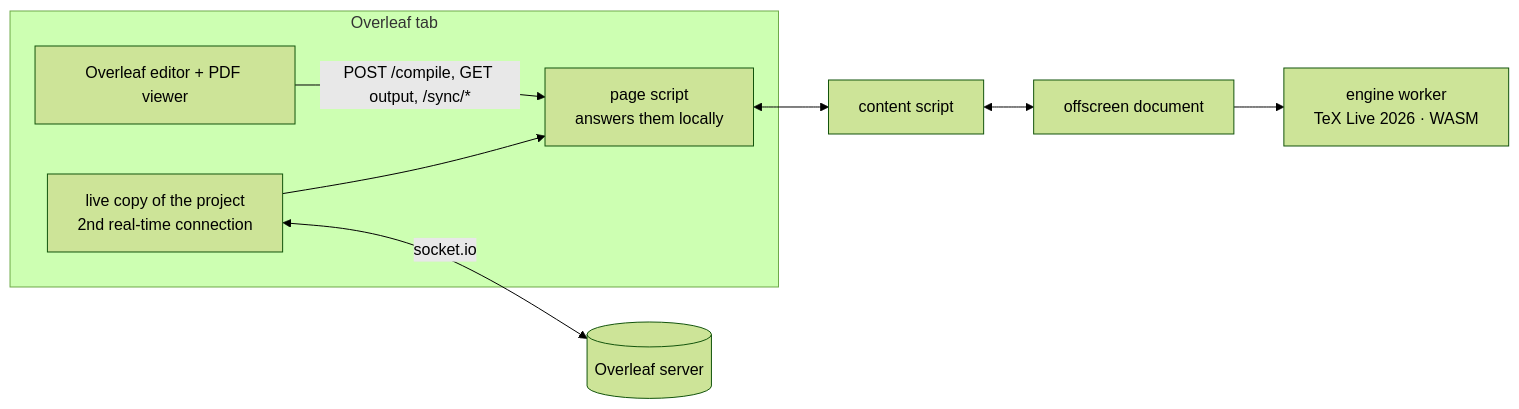
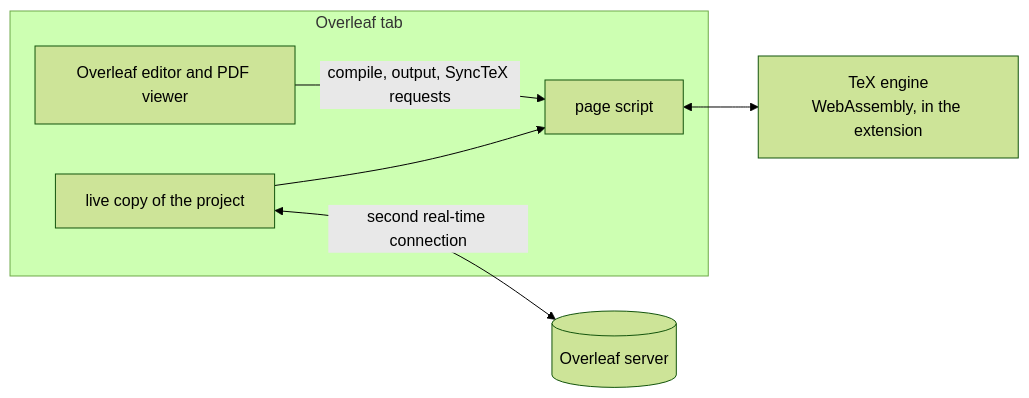
The diagram in README.md (Delici0u-s/locaLeaf), drawn with Mermaid (forest theme) before and after one commit. The commit also changed other lines of this file and 16 other files, not shown here.

````diff
--- a/README.md
+++ b/README.md
@@ -91,10 +114,9 @@
 ```mermaid
 flowchart LR
     subgraph Tab[Overleaf tab]
-        OL[Overleaf editor + PDF viewer] -- "POST /compile, GET output, /sync/*" --> SHIM[page script<br/>answers them locally]
-        MIR[live copy of the project<br/>2nd real-time connection] --> SHIM
+        OL[Overleaf editor and PDF viewer] -- "compile, output, SyncTeX requests" --> SHIM[page script]
+        MIR[live copy of the project] --> SHIM
     end
-    SHIM <--> CS[content script] <--> OFF[offscreen document]
-    OFF --> W[engine worker<br/>TeX Live 2026 · WASM]
-    MIR <-- socket.io --> SRV[(Overleaf server)]
+    SHIM <--> ENG[TeX engine<br/>WebAssembly, in the extension]
+    MIR <-- second real-time connection --> SRV[(Overleaf server)]
 ```
````
